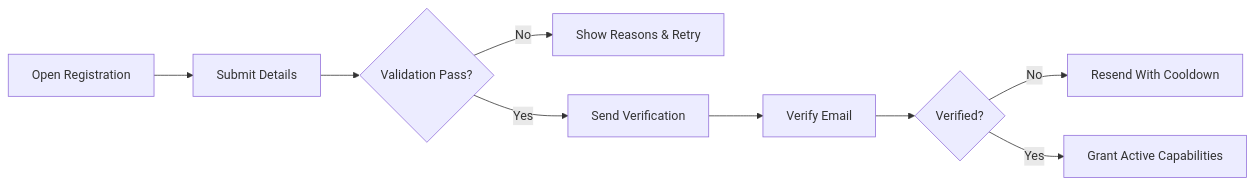
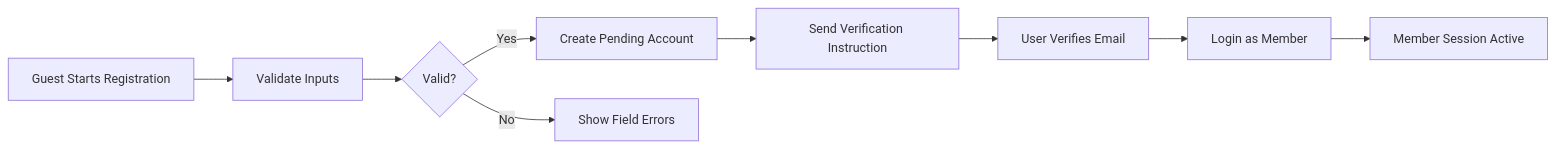
Before and after one commit to wrtnlabs/autobe-examples: the first of 7 diagrams in openai/gpt-5/reddit/docs/analysis/01-communityPlatform-service-overview.md, drawn with Mermaid. The commit also changed other lines of this file and 16146 other files, not shown here.

````diff
--- a/openai/gpt-5/reddit/docs/analysis/01-communityPlatform-service-overview.md
+++ b/openai/gpt-5/reddit/docs/analysis/01-communityPlatform-service-overview.md
@@ -170,11 +50,11 @@
 ```mermaid
 graph LR
-  A["Open Registration"] --> B["Submit Details"]
-  B --> C{"Validation Pass?"}
-  C -->|"No"| D["Show Reasons & Retry"]
-  C -->|"Yes"| E["Send Verification"]
-  E --> F["Verify Email"]
-  F --> G{"Verified?"}
-  G -->|"No"| H["Resend With Cooldown"]
-  G -->|"Yes"| I["Grant Active Capabilities"]
+  A["Guest Starts Registration"] --> B["Validate Inputs"]
+  B --> C{"Valid?"}
+  C -->|"Yes"| D["Create Pending Account"]
+  C -->|"No"| E["Show Field Errors"]
+  D --> F["Send Verification Instruction"]
+  F --> G["User Verifies Email"]
+  G --> H["Login as Member"]
+  H --> I["Member Session Active"]
 ```
````
